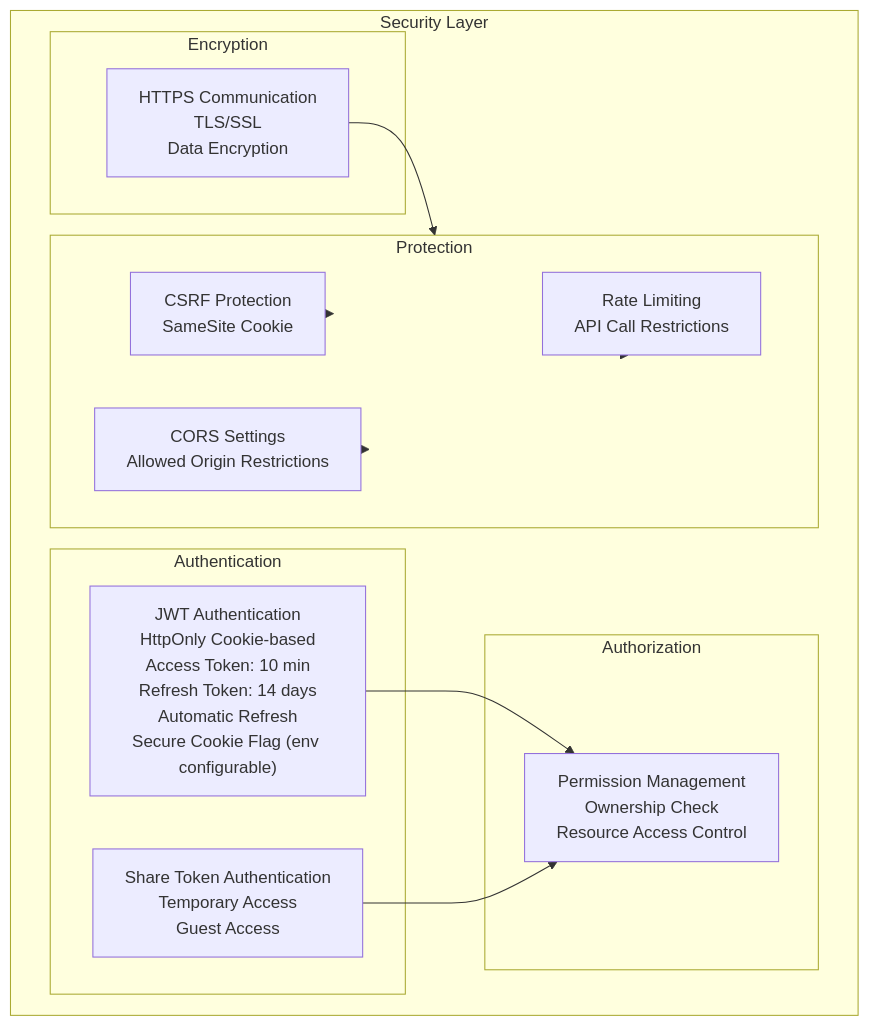
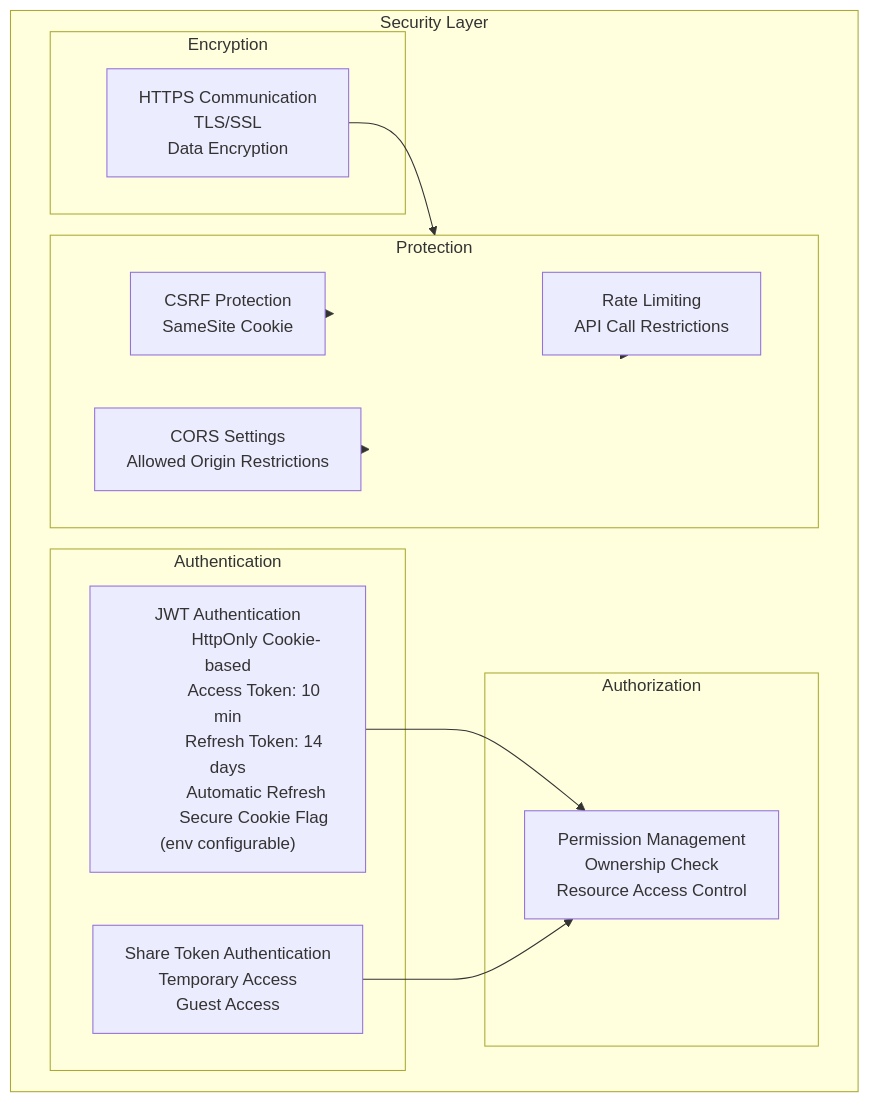
One commit to yukiharada1228/videoq changed the fourth of 7 diagrams in docs/architecture/system-configuration-diagram.md. Above: the diagram before and after it, drawn with Mermaid. The commit also changed other lines of this file, not shown here.

Commit message:
fix: Update Mermaid diagram node syntax for multiline labels for correct rendering.

````diff
--- a/docs/architecture/system-configuration-diagram.md
+++ b/docs/architecture/system-configuration-diagram.md
@@ -158,30 +199,44 @@
 ```mermaid
 graph TB
     subgraph Security["Security Layer"]
         subgraph Authentication["Authentication"]
-            JWT["JWT Authentication<br/>HttpOnly Cookie-based<br/>Access Token: 10 min<br/>Refresh Token: 14 days<br/>Automatic Refresh<br/>Secure Cookie Flag (env configurable)"]
-            ShareToken["Share Token Authentication<br/>Temporary Access<br/>Guest Access"]
+            JWT["JWT Authentication
+            HttpOnly Cookie-based
+            Access Token: 10 min
+            Refresh Token: 14 days
+            Automatic Refresh
+            Secure Cookie Flag (env configurable)"]
+            ShareToken["Share Token Authentication
+            Temporary Access
+            Guest Access"]
         end
-        
+
         subgraph Authorization["Authorization"]
-            Permissions["Permission Management<br/>Ownership Check<br/>Resource Access Control"]
+            Permissions["Permission Management
+            Ownership Check
+            Resource Access Control"]
         end
-        
+
         subgraph Encryption["Encryption"]
-            HTTPS["HTTPS Communication<br/>TLS/SSL<br/>Data Encryption"]
+            HTTPS["HTTPS Communication
+            TLS/SSL
+            Data Encryption"]
         end
-        
+
         subgraph Protection["Protection"]
-            CSRF["CSRF Protection<br/>SameSite Cookie"]
-            CORS["CORS Settings<br/>Allowed Origin Restrictions"]
-            RateLimit["Rate Limiting<br/>API Call Restrictions"]
+            CSRF["CSRF Protection
+            SameSite Cookie"]
+            CORS["CORS Settings
+            Allowed Origin Restrictions"]
+            RateLimit["Rate Limiting
+            API Call Restrictions"]
         end
     end
-    
+
     JWT --> Permissions
     ShareToken --> Permissions
     HTTPS --> Protection
     CSRF --> Protection
     CORS --> Protection
     RateLimit --> Protection
 ```
````
